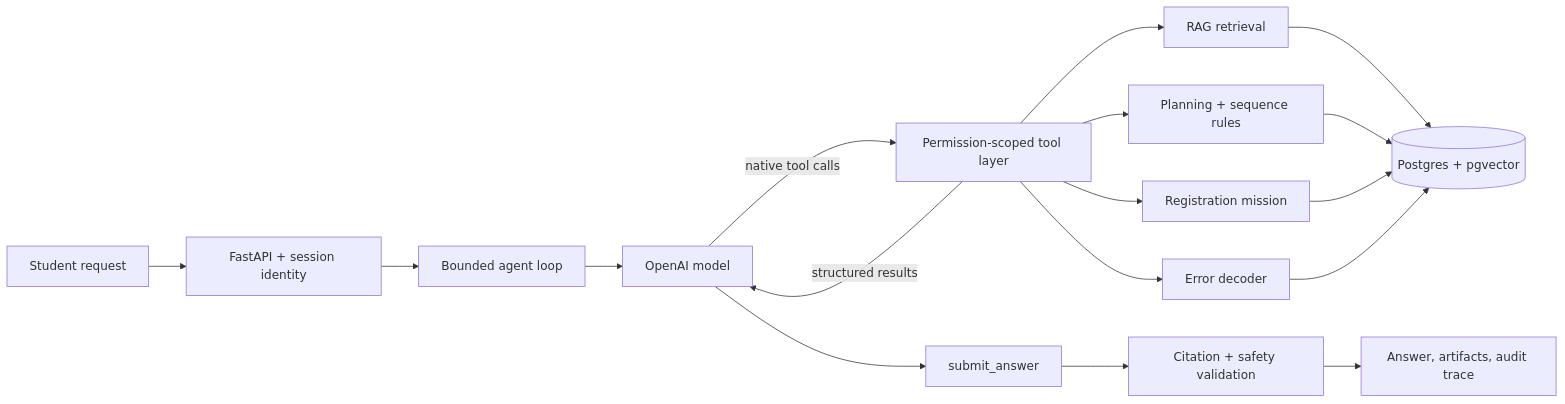
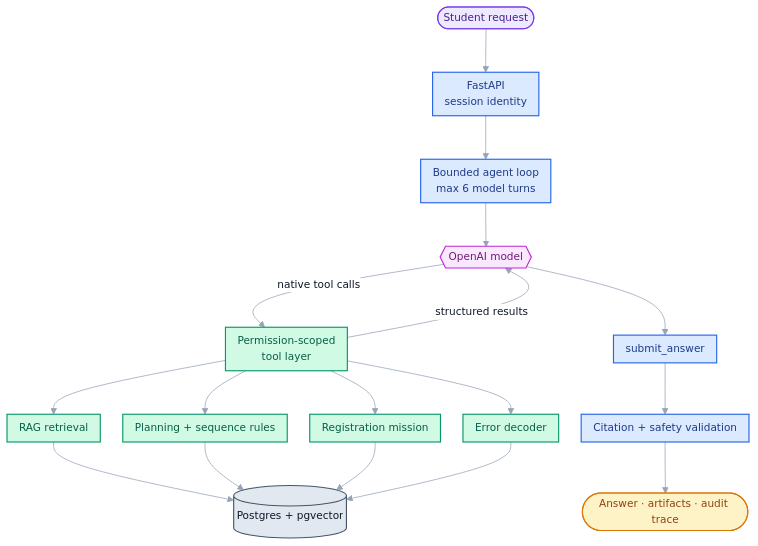
The first of 2 diagrams in README.md (pingan1224/Path-Pilot), drawn with Mermaid before and after one commit. The commit also changed other lines of this file and 1 other file, not shown here.

Commit message:
docs: restyle the agent and RAG diagrams
Both mermaid blocks were unstyled default flowcharts laid out left to right,
which on a README-width column meant a 5:1 strip of identical grey boxes. Neither
diagram said which parts are the model, which are deterministic server code, and
which are storage — the distinction the section around them spends paragraphs on.

Now they are top-down and colour-coded by layer: violet for the entry point, blue
for server-side code, magenta for the model, green for the permission-scoped
tools, slate for storage, amber for the degraded path and the final output. Node
shapes carry the same information — stadium for boundaries, hexagon for the
model, cylinder for the database. The RAG diagram also gains the keyword-fallback
branch, drawn dashed in amber, so the degradation behaviour the prose describes
is visible in the picture.

Colours are opaque pastel fills with dark text and saturated strokes, which keeps
them legible against both GitHub themes; the layout drops to roughly 4:3 so the
labels render at a readable size in the content column. Sub-lines use plain <br/>
rather than <small> so the labels survive either htmlLabels setting.

````diff
--- a/README.md
+++ b/README.md
@@ -94,19 +94,45 @@
 ```mermaid
-flowchart LR
-    U["Student request"] --> API["FastAPI + session identity"]
-    API --> A["Bounded agent loop"]
-    A --> L["OpenAI model"]
-    L -->|"native tool calls"| T["Permission-scoped tool layer"]
-    T --> R["RAG retrieval"]
-    T --> P["Planning + sequence rules"]
-    T --> M["Registration mission"]
-    T --> D["Error decoder"]
-    R --> DB[("Postgres + pgvector")]
+%%{init: {"theme":"base","themeVariables":{"fontFamily":"-apple-system, BlinkMacSystemFont, Segoe UI, Helvetica, Arial, sans-serif","fontSize":"14px","lineColor":"#94a3b8","primaryTextColor":"#0f172a","edgeLabelBackground":"#ffffff"},"flowchart":{"curve":"basis","nodeSpacing":30,"rankSpacing":58,"padding":8}}}%%
+flowchart TB
+    U(["Student request"])
+    API["FastAPI<br/>session identity"]
+    A["Bounded agent loop<br/>max 6 model turns"]
+    L{{"OpenAI model"}}
+    T["Permission-scoped<br/>tool layer"]
+    R["RAG retrieval"]
+    P["Planning + sequence rules"]
+    M["Registration mission"]
+    D["Error decoder"]
+    DB[("Postgres + pgvector")]
+    S["submit_answer"]
+    V["Citation + safety validation"]
+    O(["Answer · artifacts · audit trace"])
+
+    U --> API --> A
+    A --> L
+    L -->|"native tool calls"| T
+    T --> R
+    T --> P
+    T --> M
+    T --> D
+    R --> DB
     P --> DB
     M --> DB
     D --> DB
     T -->|"structured results"| L
-    L --> S["submit_answer"]
-    S --> V["Citation + safety validation"]
-    V --> O["Answer, artifacts, audit trace"]
+    L --> S --> V --> O
+
+    classDef entry fill:#ede9fe,stroke:#7c3aed,stroke-width:1.5px,color:#4c1d95
+    classDef server fill:#dbeafe,stroke:#2563eb,stroke-width:1.5px,color:#1e3a8a
+    classDef model fill:#fae8ff,stroke:#c026d3,stroke-width:1.5px,color:#701a75
+    classDef tool fill:#d1fae5,stroke:#059669,stroke-width:1.5px,color:#065f46
+    classDef data fill:#e2e8f0,stroke:#475569,stroke-width:1.5px,color:#0f172a
+    classDef out fill:#fef3c7,stroke:#d97706,stroke-width:1.5px,color:#92400e
+
+    class U entry
+    class API,A,S,V server
+    class L model
+    class T,R,P,M,D tool
+    class DB data
+    class O out
 ```
````
